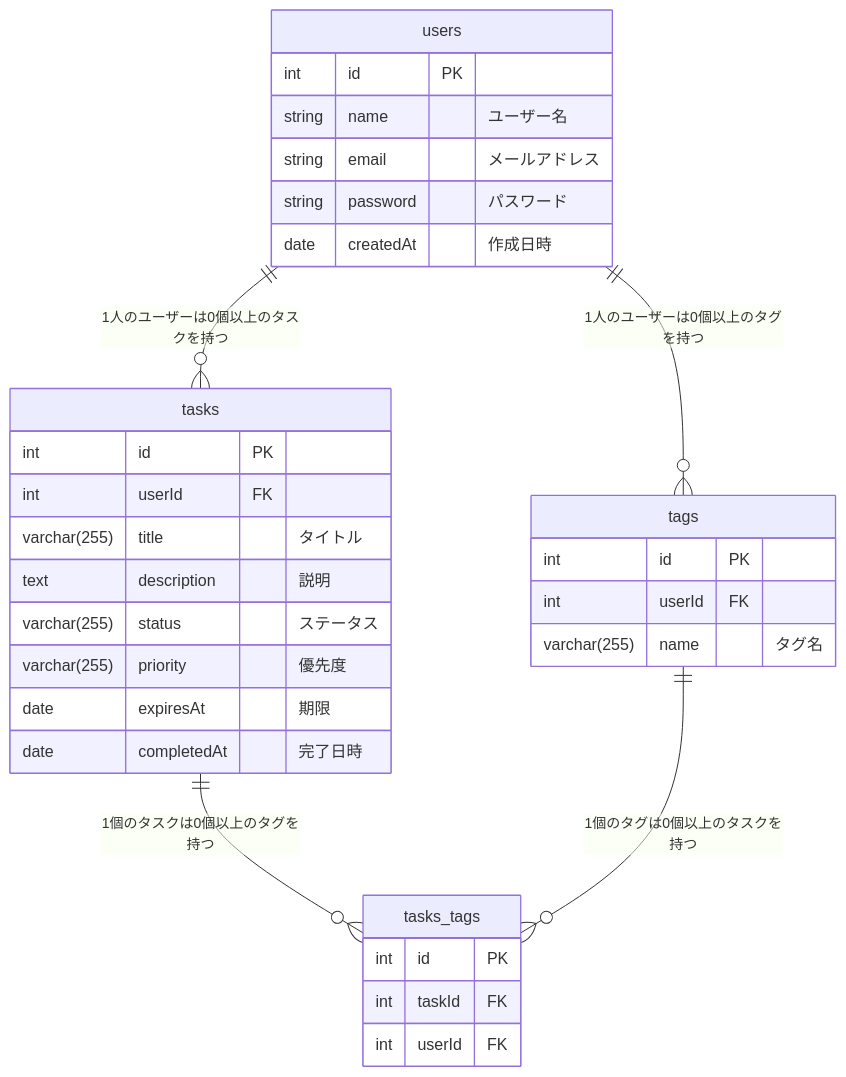
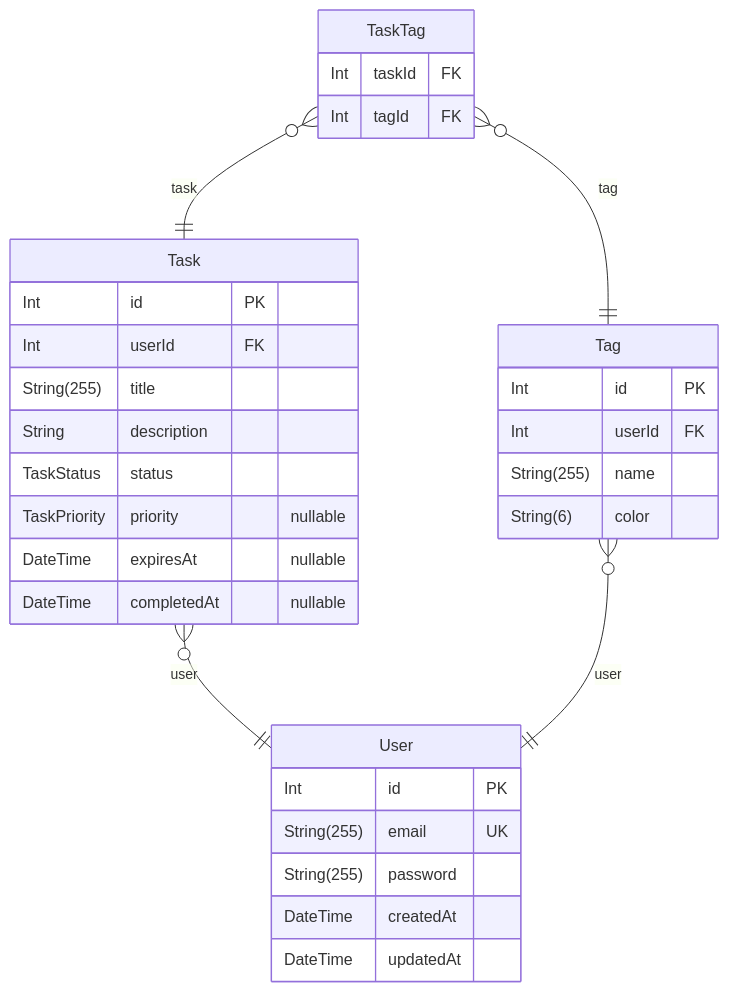
Before and after one commit to YutoTejima/todo-workers: the diagram in ERD.md, drawn with Mermaid. The commit also changed other lines of this file and 17 other files, not shown here.

````diff
--- a/ERD.md
+++ b/ERD.md
@@ -1,39 +9,34 @@
 ```mermaid
 erDiagram
-
-users ||--o{ tasks : "1人のユーザーは0個以上のタスクを持つ"
-tasks ||--o{ tasks_tags : "1個のタスクは0個以上のタグを持つ"
-tags ||--o{ tasks_tags : "1個のタグは0個以上のタスクを持つ"
-users ||--o{ tags : "1人のユーザーは0個以上のタグを持つ"
-
-users {
-	int id PK
-	string name "ユーザー名"
-	string email "メールアドレス"
-	string password "パスワード"
-	date createdAt "作成日時"
+"User" {
+  Int id PK
+  String(255) email UK
+  String(255) password
+  DateTime createdAt
+  DateTime updatedAt
 }
-
-tasks {
-	int id PK
-	int userId FK
-	varchar(255) title "タイトル"
-	text description "説明"
-	varchar(255) status "ステータス"
-	varchar(255) priority "優先度"
-	date expiresAt "期限"
-	date completedAt "完了日時"
+"Task" {
+  Int id PK
+  Int userId FK
+  String(255) title
+  String description
+  TaskStatus status
+  TaskPriority priority "nullable"
+  DateTime expiresAt "nullable"
+  DateTime completedAt "nullable"
 }
-
-tags {
-	int id PK
-	int userId FK
-	varchar(255) name "タグ名"
+"Tag" {
+  Int id PK
+  Int userId FK
+  String(255) name
+  String(6) color
 }
-
-tasks_tags {
-	int id PK
-	int taskId FK
-	int userId FK
+"TaskTag" {
+  Int taskId FK
+  Int tagId FK
 }
+"Task" }o--|| "User" : user
+"Tag" }o--|| "User" : user
+"TaskTag" }o--|| "Task" : task
+"TaskTag" }o--|| "Tag" : tag
 ```
````
